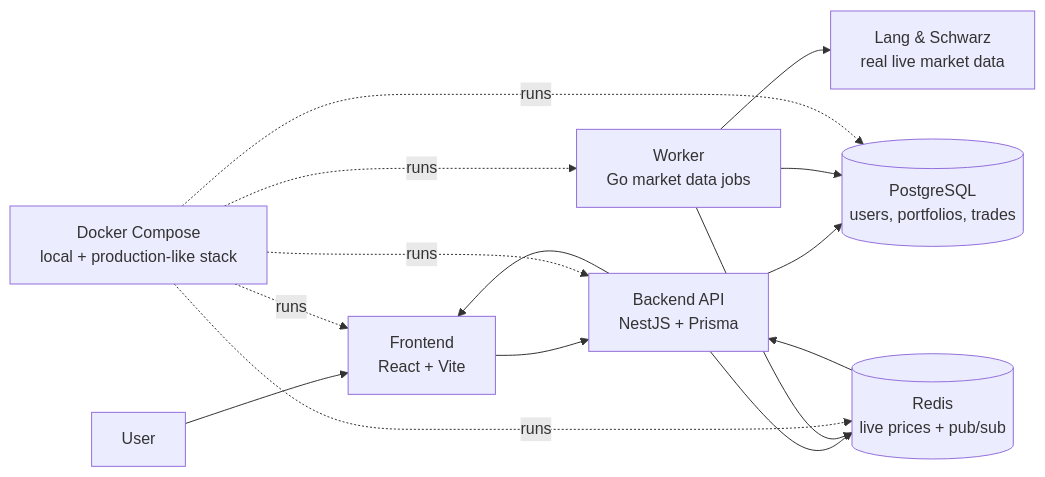
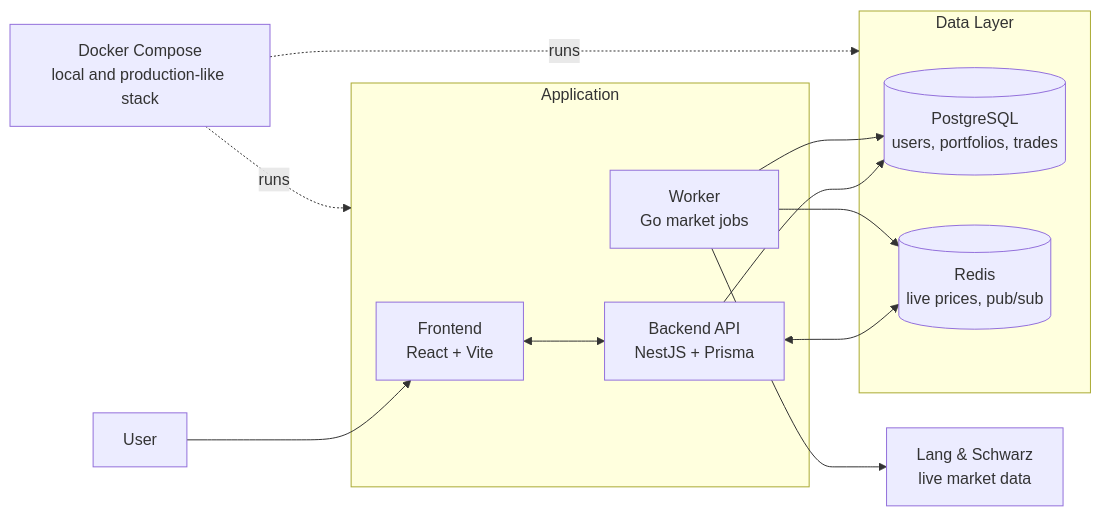
Before and after one commit to JakobAIOdev/Tradevise: the diagram in README.md, drawn with Mermaid.

Commit message:
Update mermaid

````diff
--- a/README.md
+++ b/README.md
@@ -27,21 +27,31 @@
 ```mermaid
 flowchart LR
-    user[User] --> frontend[Frontend<br/>React + Vite]
-    frontend --> backend[Backend API<br/>NestJS + Prisma]
+    user[User]
 
-    backend --> postgres[(PostgreSQL<br/>users, portfolios, trades)]
-    backend --> redis[(Redis<br/>live prices + pub/sub)]
+    subgraph app[Application]
+        frontend[Frontend<br/>React + Vite]
+        backend[Backend API<br/>NestJS + Prisma]
+        worker[Worker<br/>Go market jobs]
+    end
 
-    worker[Worker<br/>Go market data jobs] --> langschwarz[Lang & Schwarz<br/>real live market data]
+    subgraph data[Data Layer]
+        postgres[(PostgreSQL<br/>users, portfolios, trades)]
+        redis[(Redis<br/>live prices, pub/sub)]
+    end
+
+    market[Lang & Schwarz<br/>live market data]
+    docker[Docker Compose<br/>local and production-like stack]
+
+    user --> frontend
+    frontend <--> backend
+
+    backend --> postgres
+    backend <--> redis
+
+    worker --> market
     worker --> postgres
     worker --> redis
 
-    redis --> backend
-    backend --> frontend
-
-    docker[Docker Compose<br/>local + production-like stack] -. runs .-> frontend
-    docker -. runs .-> backend
-    docker -. runs .-> worker
-    docker -. runs .-> postgres
-    docker -. runs .-> redis
+    docker -. runs .-> app
+    docker -. runs .-> data
 ```
````
